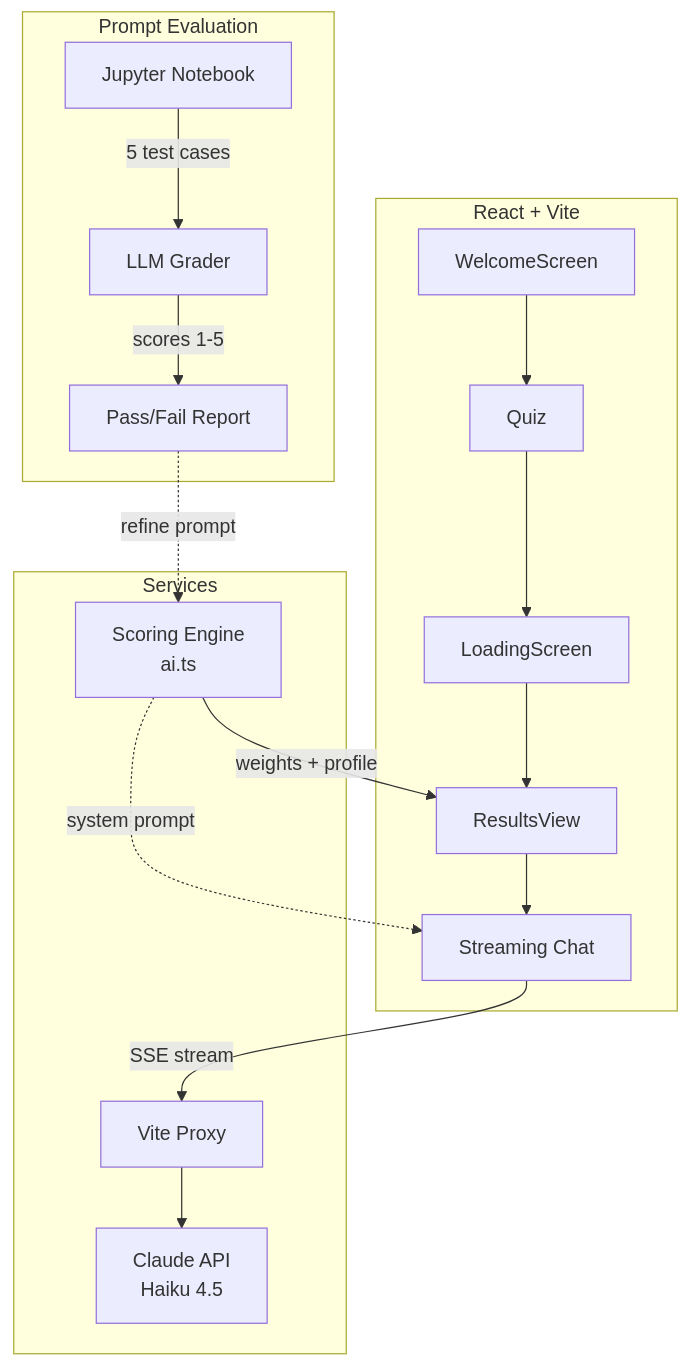
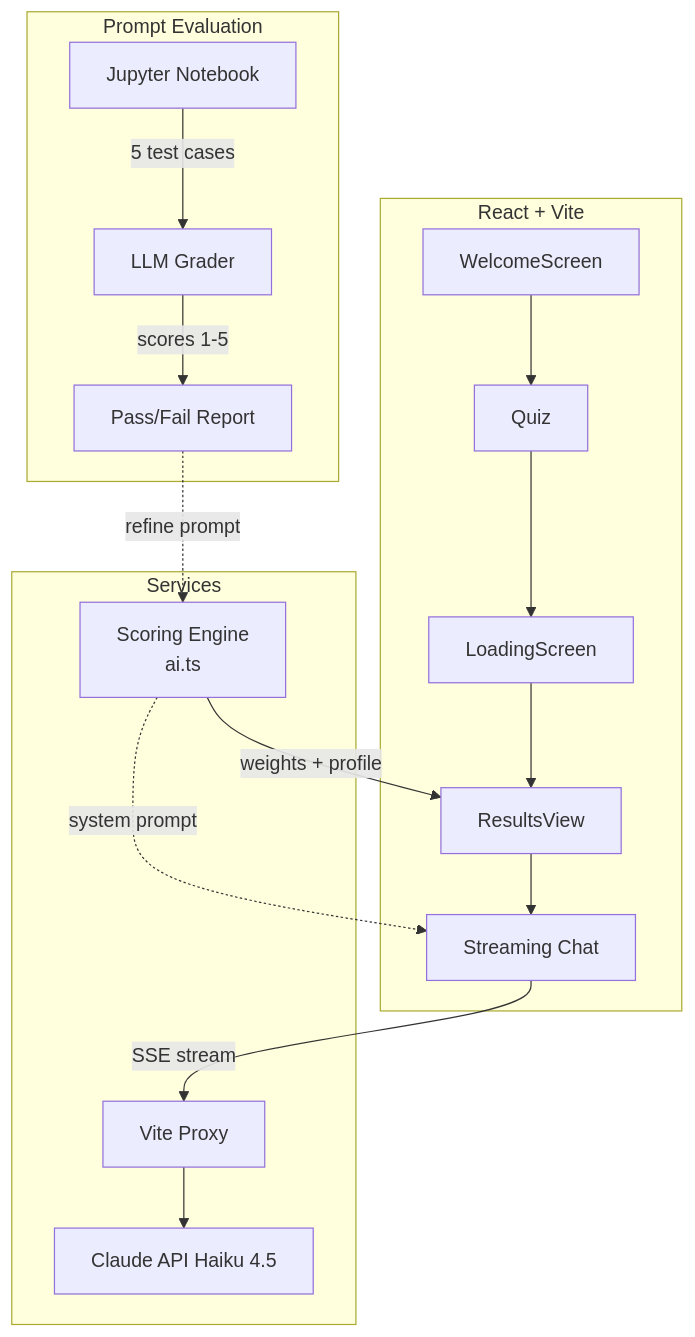
One commit to alanmaizon/kota-hackathon changed the second of 2 diagrams in README.md. Above: the diagram before and after it, drawn with Mermaid. The commit also changed other lines of this file and 1 other file, not shown here.

Commit message:
fix: refine flowchart formatting in README and remove unused Trusted by section in WelcomeScreen

````diff
--- a/README.md
+++ b/README.md
@@ -35,23 +35,23 @@
 ```mermaid
 flowchart TD
     subgraph Frontend [React + Vite]
         WS[WelcomeScreen] --> QZ[Quiz]
         QZ --> LS[LoadingScreen]
         LS --> RV[ResultsView]
         RV --> Chat[Streaming Chat]
     end
 
     subgraph Services
         SE[Scoring Engine\nai.ts] --> |weights + profile| RV
         Chat --> |SSE stream| Proxy[Vite Proxy]
-        Proxy --> API[Claude API\nHaiku 4.5]
+        Proxy --> API[Claude API Haiku 4.5]
     end
 
     subgraph Eval [Prompt Evaluation]
         NB[Jupyter Notebook] --> |5 test cases| Grader[LLM Grader]
         Grader --> |scores 1-5| Report[Pass/Fail Report]
     end
 
     SE -.->|system prompt| Chat
     Report -.->|refine prompt| SE
 ```
````
